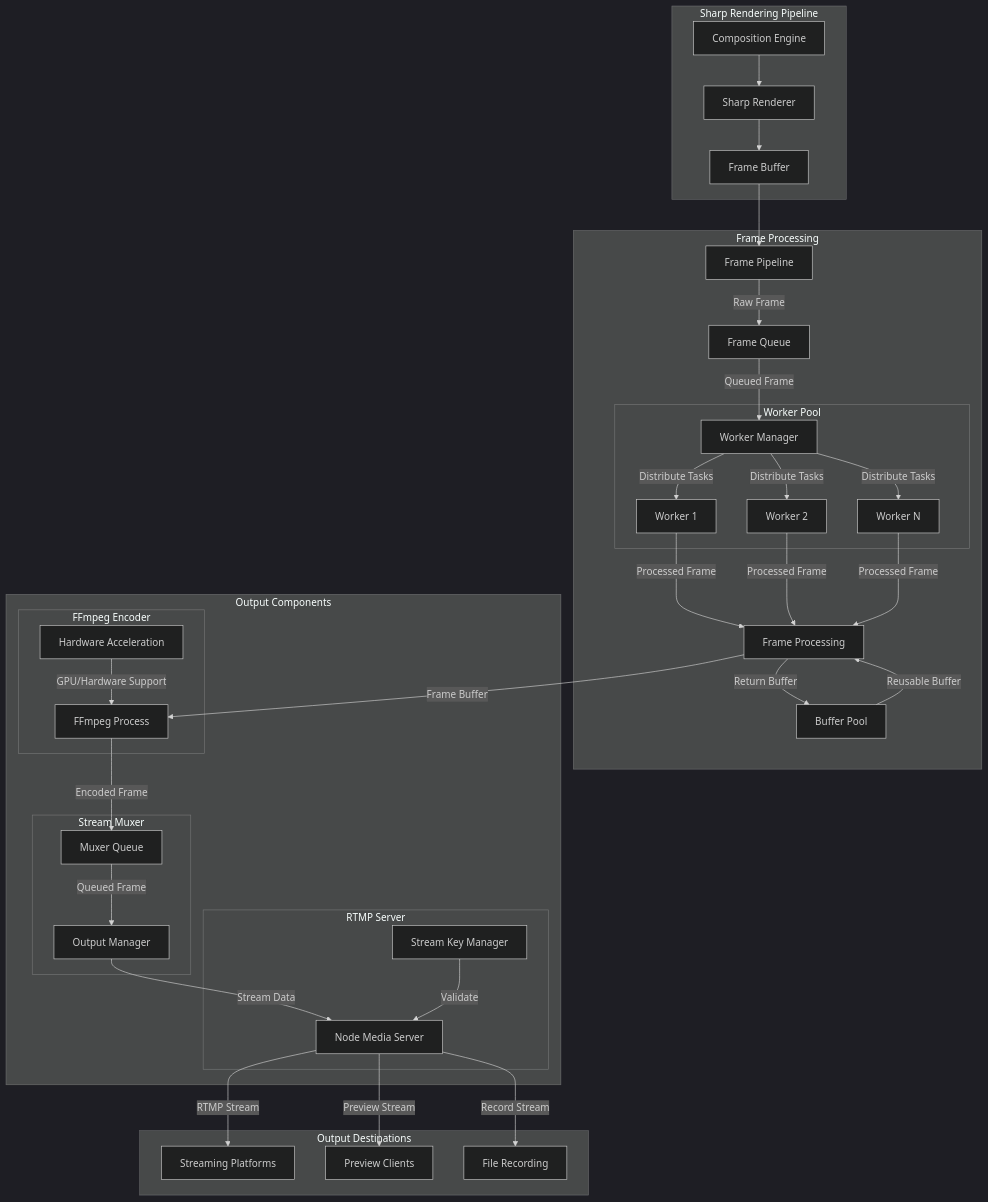
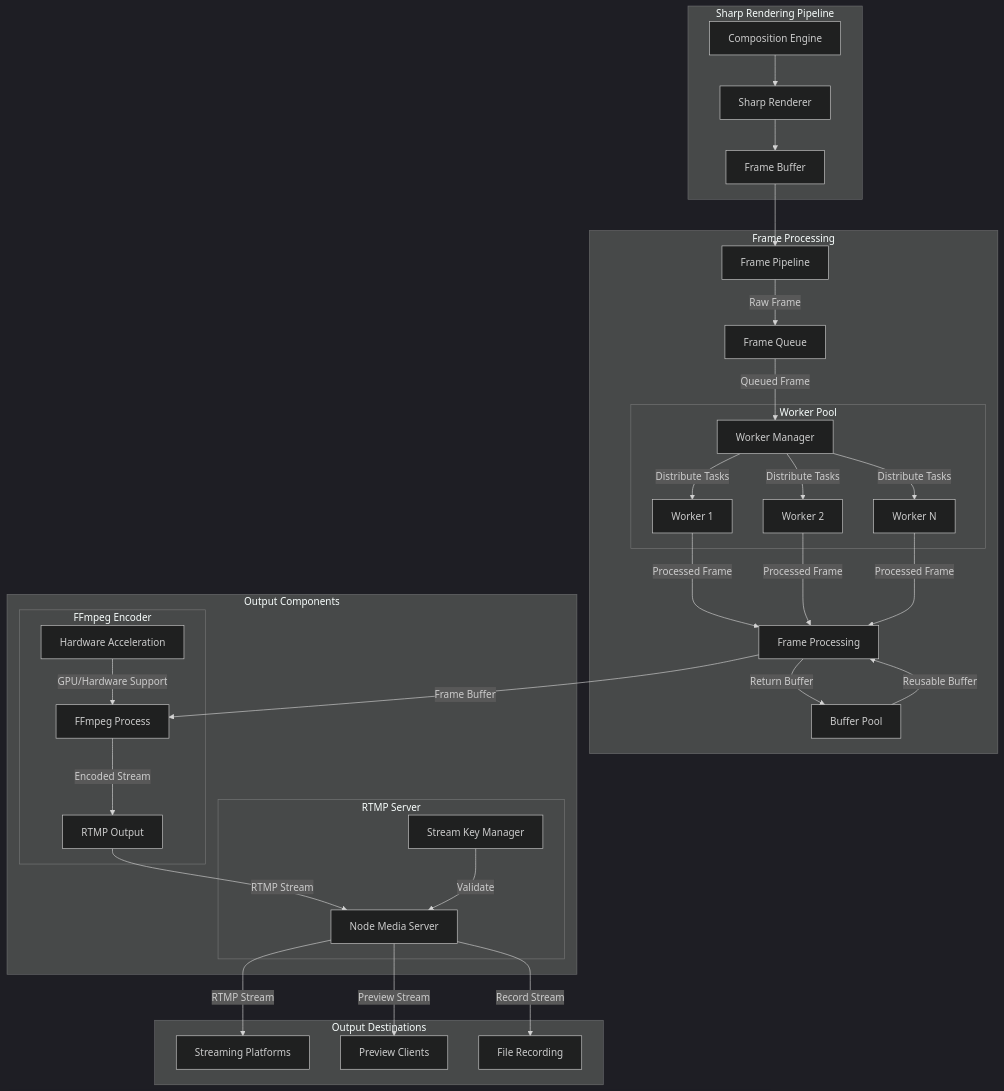
One commit to bigshellpliskin/sothebais changed the diagram in apps/stream-manager/src/streaming/README.md. Above: the diagram before and after it, drawn with Mermaid (dark theme). The commit also changed other lines of this file and 12 other files, not shown here.

First line of the commit message:
Simplify Streaming Architecture: Remove Muxer and Optimize Encoder

````diff
--- a/apps/stream-manager/src/streaming/README.md
+++ b/apps/stream-manager/src/streaming/README.md
@@ -7,73 +7,67 @@
 ```mermaid
 graph TD
     subgraph Input ["Sharp Rendering Pipeline"]
         Composition[Composition Engine]
         SharpRenderer[Sharp Renderer]
         FrameBuffer[Frame Buffer]
     end
 
     subgraph Processing ["Frame Processing"]
         Pipeline[Frame Pipeline]
         
         subgraph Workers ["Worker Pool"]
             WorkerPool[Worker Manager]
             Worker1[Worker 1]
             Worker2[Worker 2]
             WorkerN[Worker N]
             
             WorkerPool -->|"Distribute Tasks"| Worker1
             WorkerPool -->|"Distribute Tasks"| Worker2
             WorkerPool -->|"Distribute Tasks"| WorkerN
         end
         
         Process[Frame Processing]
         Queue[Frame Queue]
         Pool[Buffer Pool]
         
         Pipeline -->|"Raw Frame"| Queue
         Queue -->|"Queued Frame"| WorkerPool
         Worker1 & Worker2 & WorkerN -->|"Processed Frame"| Process
         Pool -->|"Reusable Buffer"| Process
         Process -->|"Return Buffer"| Pool
     end
 
     subgraph Output ["Output Components"]
         subgraph Encoder ["FFmpeg Encoder"]
             EncodeProcess[FFmpeg Process]
             HWAccel[Hardware Acceleration]
+            RTMPOutput[RTMP Output]
             
             Process -->|"Frame Buffer"| EncodeProcess
             HWAccel -->|"GPU/Hardware Support"| EncodeProcess
-        end
-
-        subgraph Muxer ["Stream Muxer"]
-            MuxQueue[Muxer Queue]
-            OutputMgr[Output Manager]
-            
-            EncodeProcess -->|"Encoded Frame"| MuxQueue
-            MuxQueue -->|"Queued Frame"| OutputMgr
+            EncodeProcess -->|"Encoded Stream"| RTMPOutput
         end
 
         subgraph RTMP ["RTMP Server"]
             RTMPServer[Node Media Server]
             StreamKeys[Stream Key Manager]
             
-            OutputMgr -->|"Stream Data"| RTMPServer
+            RTMPOutput -->|"RTMP Stream"| RTMPServer
             StreamKeys -->|"Validate"| RTMPServer
         end
     end
 
     subgraph Destinations ["Output Destinations"]
         Platforms[Streaming Platforms]
         Preview[Preview Clients]
         Recording[File Recording]
         
         RTMPServer -->|"RTMP Stream"| Platforms
         RTMPServer -->|"Preview Stream"| Preview
         RTMPServer -->|"Record Stream"| Recording
     end
 
     Composition --> SharpRenderer
     SharpRenderer --> FrameBuffer
     FrameBuffer --> Pipeline
 ```
````
